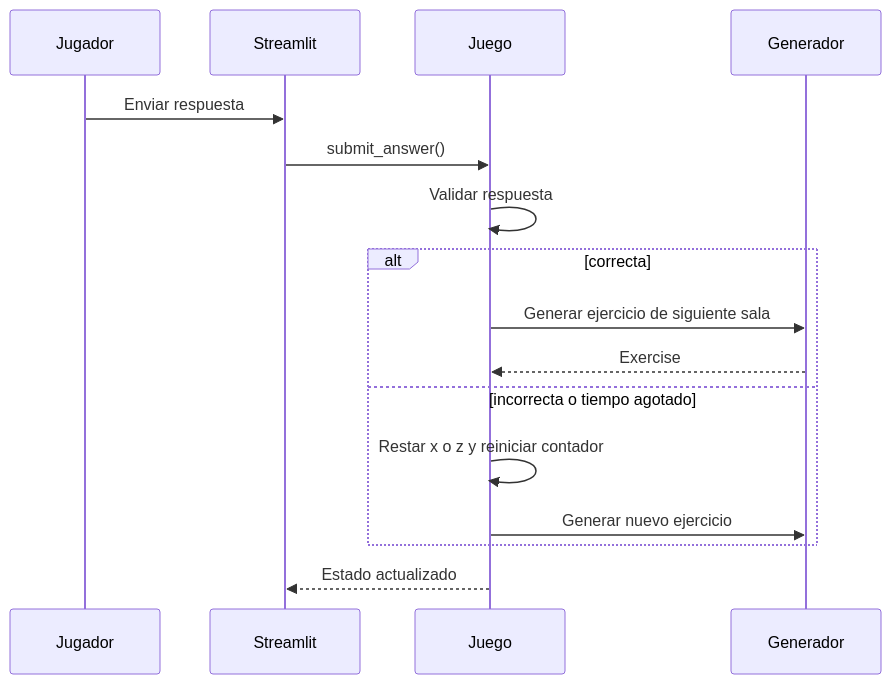
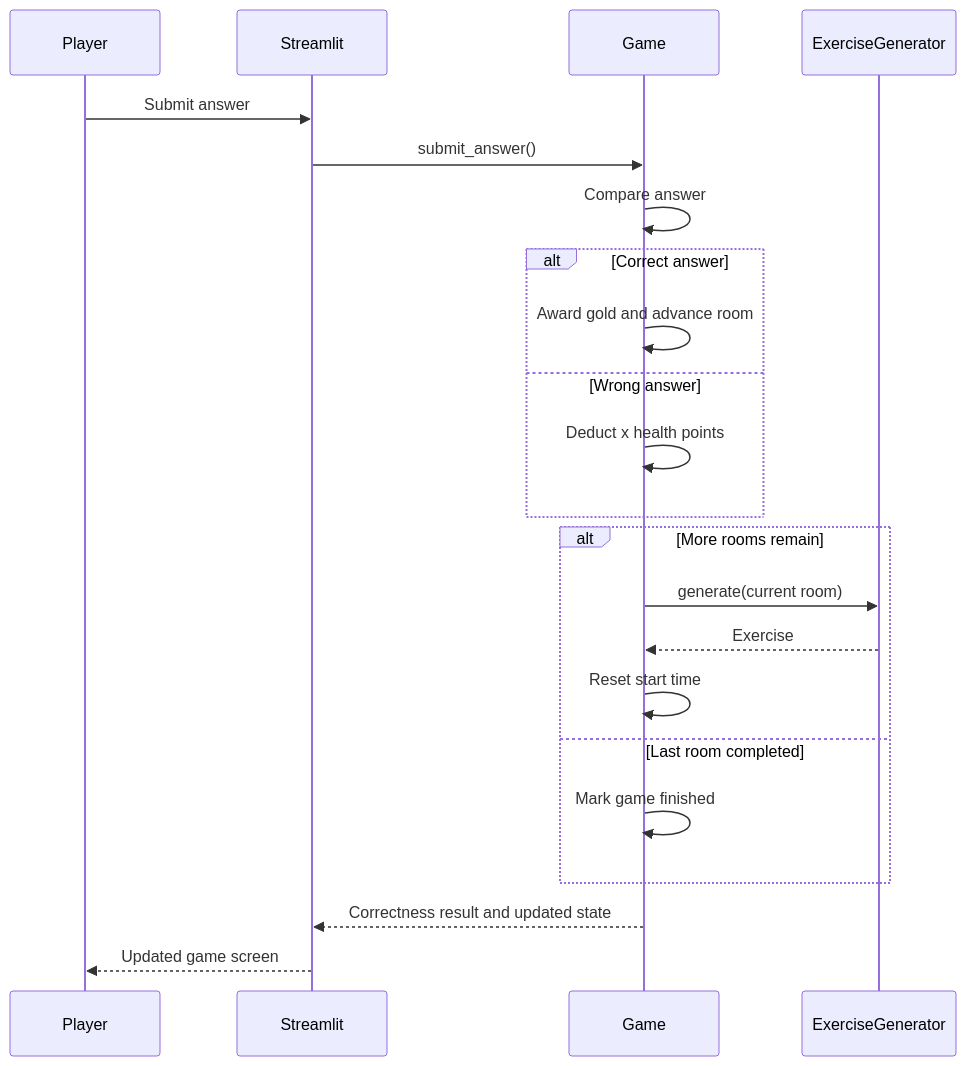
The second of 2 diagrams in 19vo Ejercicio videojuego/docs/CLASS_DIAGRAM.md (ecojrsg/Programacion-Asistida), drawn with Mermaid before and after one commit. The commit also changed other lines of this file and 5 other files, not shown here.

````diff
--- a/19vo Ejercicio videojuego/docs/CLASS_DIAGRAM.md
+++ b/19vo Ejercicio videojuego/docs/CLASS_DIAGRAM.md
@@ -33,18 +40,24 @@
 ```mermaid
 sequenceDiagram
-    participant J as Jugador
+    participant P as Player
     participant U as Streamlit
-    participant G as Juego
-    participant E as Generador
-    J->>U: Enviar respuesta
+    participant G as Game
+    participant E as ExerciseGenerator
+    P->>U: Submit answer
     U->>G: submit_answer()
-    G->>G: Validar respuesta
-    alt correcta
-      G->>E: Generar ejercicio de siguiente sala
+    G->>G: Compare answer
+    alt Correct answer
+      G->>G: Award gold and advance room
+    else Wrong answer
+      G->>G: Deduct x health points
+    end
+    alt More rooms remain
+      G->>E: generate(current room)
       E-->>G: Exercise
-    else incorrecta o tiempo agotado
-      G->>G: Restar x o z y reiniciar contador
-      G->>E: Generar nuevo ejercicio
+      G->>G: Reset start time
+    else Last room completed
+      G->>G: Mark game finished
     end
-    G-->>U: Estado actualizado
+    G-->>U: Correctness result and updated state
+    U-->>P: Updated game screen
 ```
````
